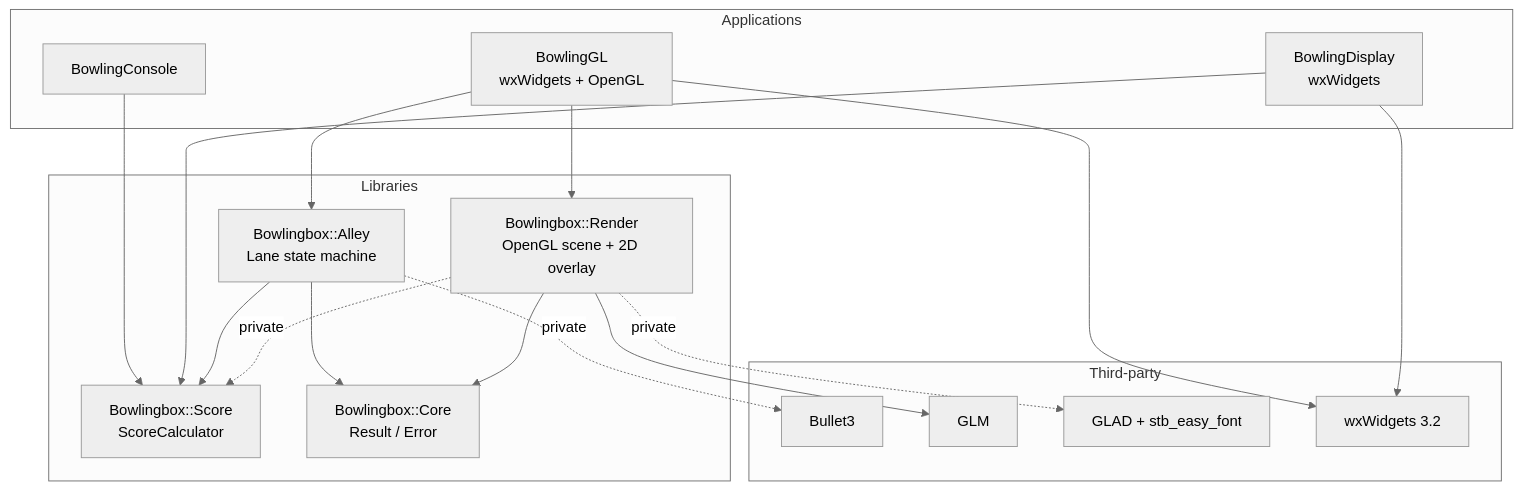
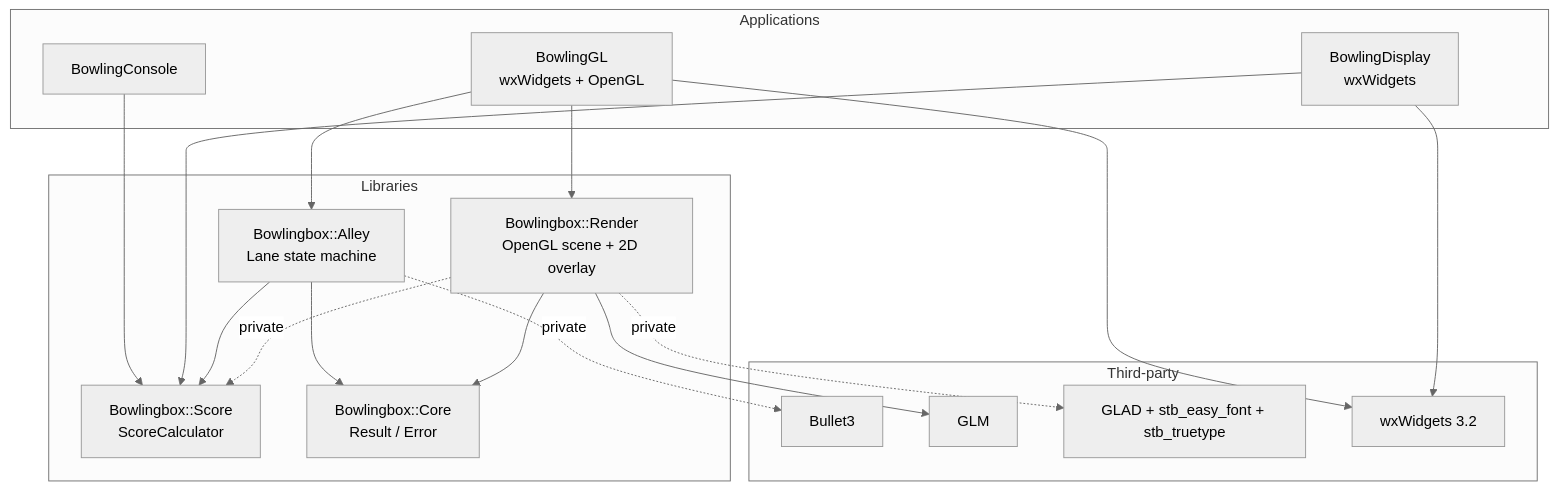
Before and after one commit to medaminben/Bowlingbox: the first of 3 diagrams in docs/ARCHITECTURE.md, drawn with Mermaid (neutral theme). The commit also changed other lines of this file and 5 other files, not shown here.

Commit message:
feat(render): per-pass GPU timing; document the graphics pipeline

````diff
--- a/docs/ARCHITECTURE.md
+++ b/docs/ARCHITECTURE.md
@@ -14,34 +14,34 @@
 ```mermaid
 graph TD
     subgraph Applications
         GL[BowlingGL<br/>wxWidgets + OpenGL]
         CON[BowlingConsole]
         DISP[BowlingDisplay<br/>wxWidgets]
     end
     subgraph Libraries
         ALLEY[Bowlingbox::Alley<br/>Lane state machine]
         RENDER[Bowlingbox::Render<br/>OpenGL scene + 2D overlay]
         SCORE[Bowlingbox::Score<br/>ScoreCalculator]
         CORE[Bowlingbox::Core<br/>Result / Error]
     end
     subgraph Third-party
         BULLET[Bullet3]
         GLM[GLM]
-        GLAD[GLAD + stb_easy_font]
+        GLAD[GLAD + stb_easy_font + stb_truetype]
         WX[wxWidgets 3.2]
     end
 
     GL --> ALLEY
     GL --> RENDER
     GL --> WX
     CON --> SCORE
     DISP --> SCORE
     DISP --> WX
     ALLEY --> SCORE
     ALLEY --> CORE
     ALLEY -. private .-> BULLET
     RENDER --> CORE
     RENDER --> GLM
     RENDER -. private .-> SCORE
     RENDER -. private .-> GLAD
 ```
````
